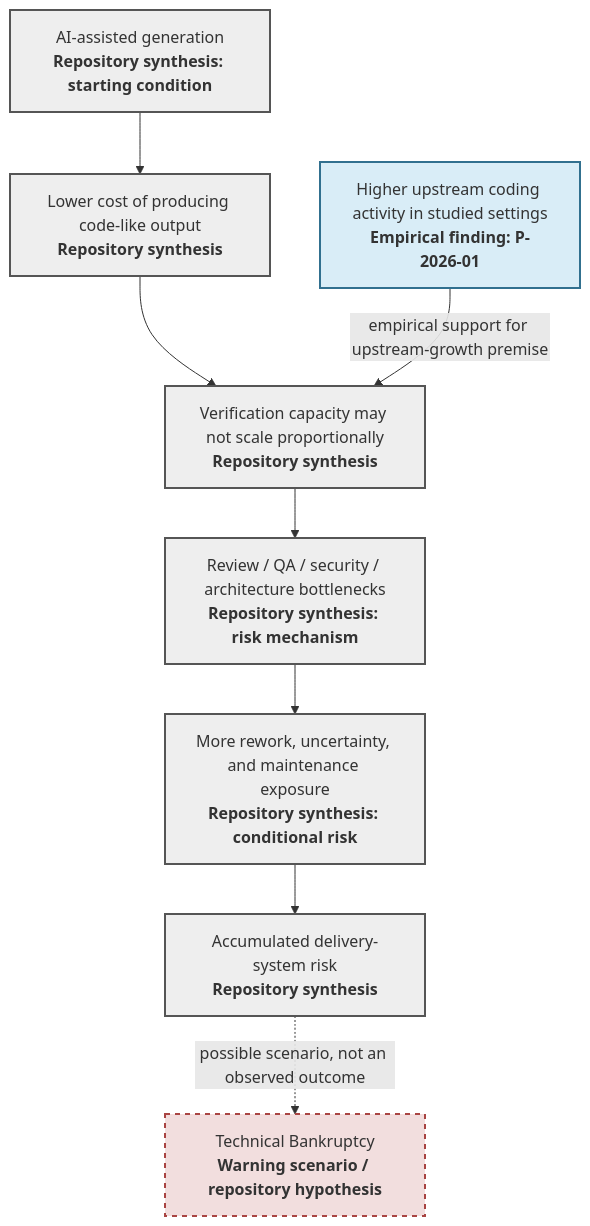
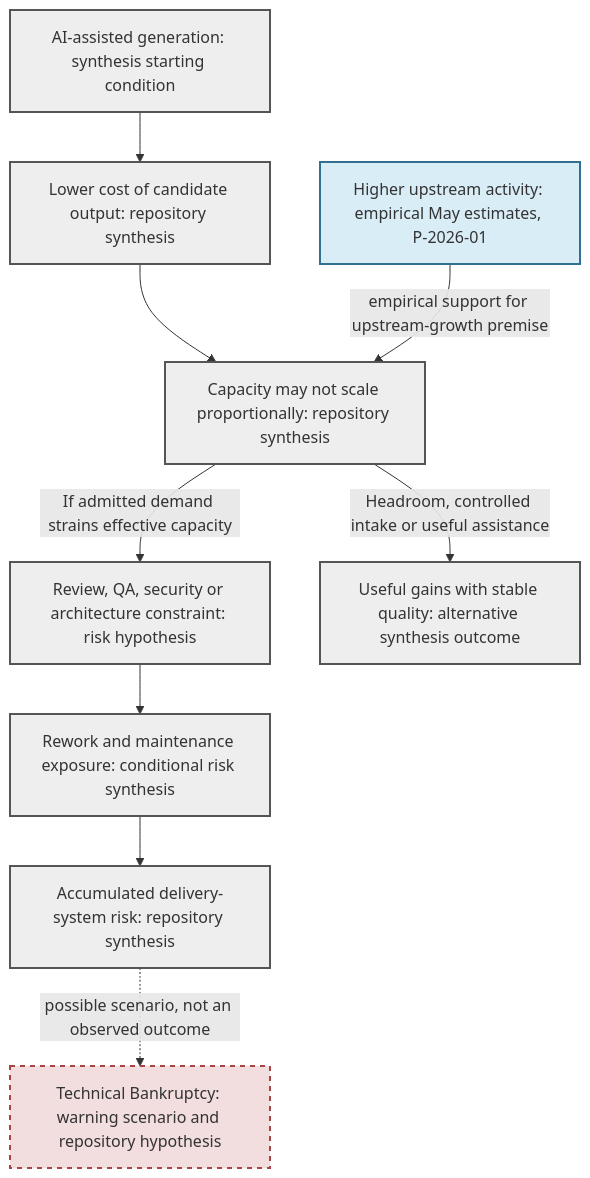
One commit to UncertaintyArchitectureGroup/The-Subprime-Code-Crisis changed the diagram in README.md. Above: the diagram before and after it, drawn with Mermaid. The commit also changed other lines of this file and 17 other files, not shown here.

First line of the commit message:
Prepare conditional delivery mechanism and pinned-source audit (Refs #63)

````diff
--- a/README.md
+++ b/README.md
@@ -86,25 +86,27 @@
 ```mermaid
 flowchart TD
     classDef empirical fill:#d9edf7,stroke:#31708f,stroke-width:2px;
     classDef synthesis fill:#eeeeee,stroke:#555,stroke-width:2px;
     classDef scenario fill:#f2dede,stroke:#a94442,stroke-width:2px,stroke-dasharray: 5 5;
 
-    A[AI-assisted generation<br/><b>Repository synthesis: starting condition</b>]
-    B[Lower cost of producing code-like output<br/><b>Repository synthesis</b>]
-    C[Higher upstream coding activity in studied settings<br/><b>Empirical finding: P-2026-01</b>]
-    D[Verification capacity may not scale proportionally<br/><b>Repository synthesis</b>]
-    E[Review / QA / security / architecture bottlenecks<br/><b>Repository synthesis: risk mechanism</b>]
-    F[More rework, uncertainty, and maintenance exposure<br/><b>Repository synthesis: conditional risk</b>]
-    G[Accumulated delivery-system risk<br/><b>Repository synthesis</b>]
-    H[Technical Bankruptcy<br/><b>Warning scenario / repository hypothesis</b>]
+    A["AI-assisted generation: synthesis starting condition"]
+    B["Lower cost of candidate output: repository synthesis"]
+    C["Higher upstream activity: empirical May estimates, P-2026-01"]
+    D["Capacity may not scale proportionally: repository synthesis"]
+    E["Review, QA, security or architecture constraint: risk hypothesis"]
+    F["Rework and maintenance exposure: conditional risk synthesis"]
+    G["Accumulated delivery-system risk: repository synthesis"]
+    H["Technical Bankruptcy: warning scenario and repository hypothesis"]
 
     A --> B
     B --> D
     C -->|empirical support for upstream-growth premise| D
-    D --> E --> F --> G
+    D -->|If admitted demand strains effective capacity| E
+    E --> F --> G
+    D -->|Headroom, controlled intake or useful assistance| I["Useful gains with stable quality: alternative synthesis outcome"]
     G -. possible scenario, not an observed outcome .-> H
 
     class C empirical;
-    class A,B,D,E,F,G synthesis;
+    class A,B,D,E,F,G,I synthesis;
     class H scenario;
 ```
````
